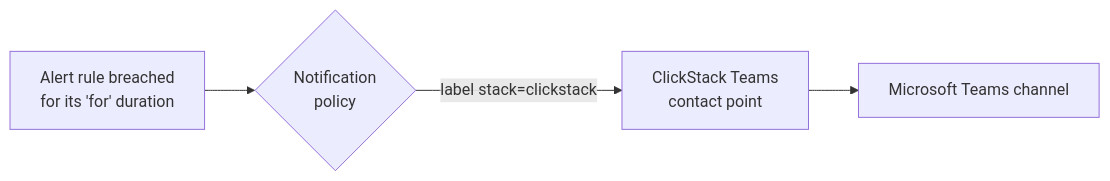
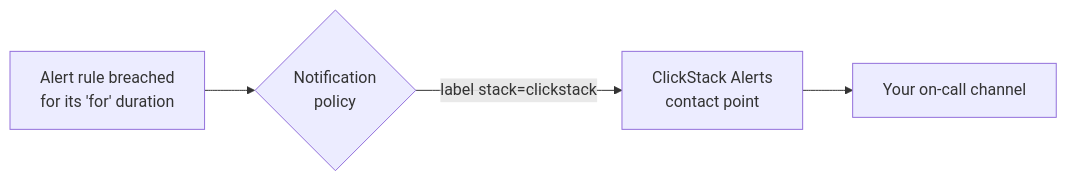
The second of 2 diagrams in grafana/OVERVIEW.md (Cameron-Bayer/AldoTel-HyperDX-Templates), drawn with Mermaid before and after one commit. The commit also changed other lines of this file and 16 other files, not shown here.

First line of the commit message:
Remove Microsoft Teams as the default alert channel; use a generic webhook

````diff
--- a/grafana/OVERVIEW.md
+++ b/grafana/OVERVIEW.md
@@ -238,6 +238,6 @@
 ```mermaid
 flowchart LR
     R[Alert rule breached<br/>for its 'for' duration] --> P{Notification<br/>policy}
-    P -->|label stack=clickstack| T[ClickStack Teams<br/>contact point]
-    T --> CH[Microsoft Teams channel]
+    P -->|label stack=clickstack| T[ClickStack Alerts<br/>contact point]
+    T --> CH[Your on-call channel]
 ```
````
